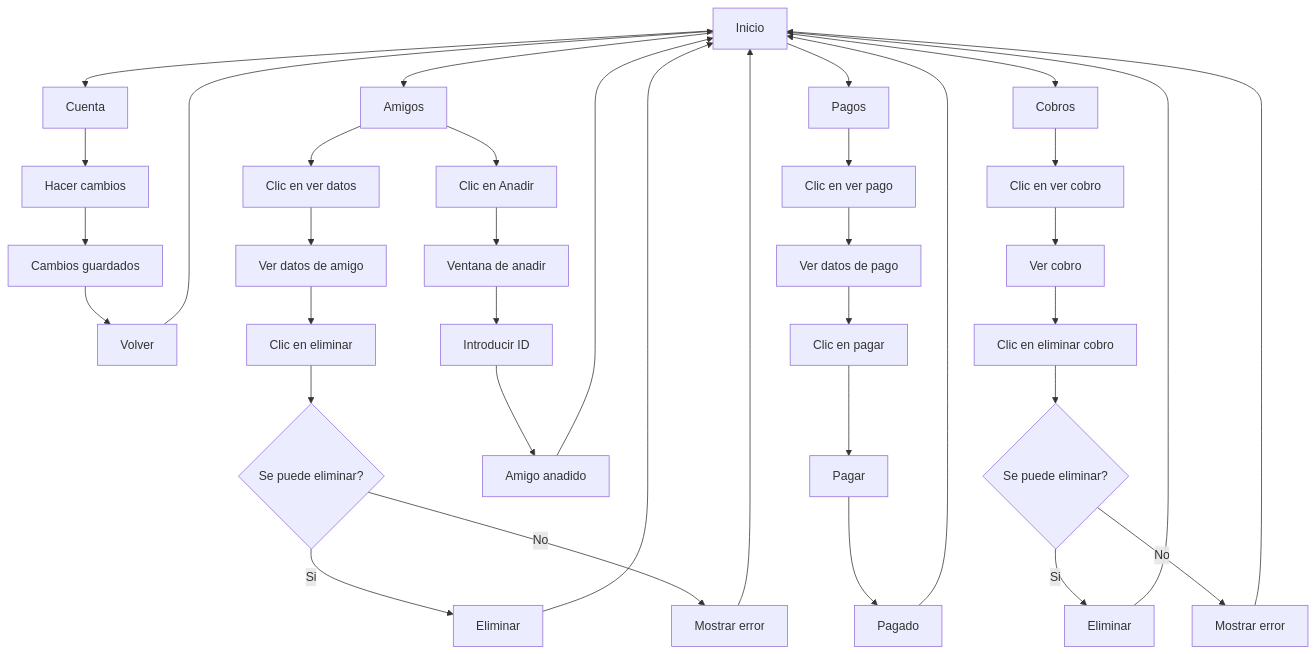
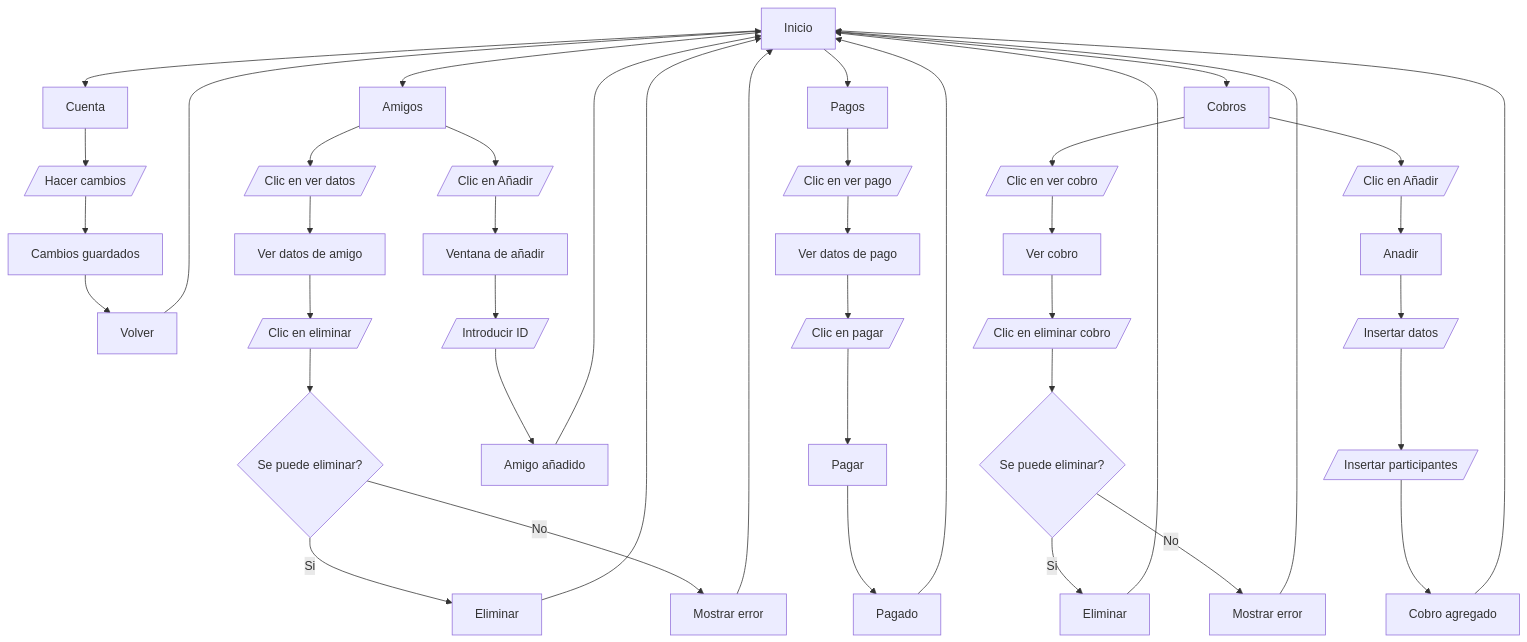
One commit to cvazquezv/p1 changed the diagram in README.md. Above: the diagram before and after it, drawn with Mermaid.

````diff
--- a/README.md
+++ b/README.md
@@ -1,48 +1,56 @@
 ```mermaid
 flowchart TD
   Inicio[Inicio]
 
   %% Cuenta
   Inicio --> Cuenta[Cuenta]
-  Cuenta --> HacerCambios[Hacer cambios]
-  HacerCambios --> CambiosGuardados[Cambios guardados]
+  Cuenta --> HC[/"Hacer cambios"/]
+  HC --> CambiosGuardados[Cambios guardados]
   CambiosGuardados --> Volver[Volver]
   Volver --> Inicio
 
   %% Amigos
   Inicio --> Amigos[Amigos]
-  Amigos --> VerDatosClick[Clic en ver datos]
+
+  Amigos --> VerDatosClick[/"Clic en ver datos"/]
   VerDatosClick --> VerDatos[Ver datos de amigo]
-  VerDatos --> ClicEliminar[Clic en eliminar]
+  VerDatos --> ClicEliminar[/"Clic en eliminar"/]
   ClicEliminar --> PuedeEliminar{Se puede eliminar?}
   PuedeEliminar -->|Si| Eliminar[Eliminar]
   PuedeEliminar -->|No| MostrarErrorEliminar[Mostrar error]
   Eliminar --> Inicio
   MostrarErrorEliminar --> Inicio
 
-  Amigos --> ClicAnadir[Clic en Anadir]
-  ClicAnadir --> VentanaAnadir[Ventana de anadir]
-  VentanaAnadir --> IntroducirID[Introducir ID]
-  IntroducirID --> AmigoAnadido[Amigo anadido]
+  Amigos --> ClicAnadir[/"Clic en Añadir"/]
+  ClicAnadir --> VentanaAnadir[Ventana de añadir]
+  VentanaAnadir --> IntroducirID[/"Introducir ID"/]
+  IntroducirID --> AmigoAnadido[Amigo añadido]
   AmigoAnadido --> Inicio
 
   %% Pagos
   Inicio --> Pagos[Pagos]
-  Pagos --> ClicVerPago[Clic en ver pago]
+  Pagos --> ClicVerPago[/"Clic en ver pago"/]
   ClicVerPago --> VerPago[Ver datos de pago]
-  VerPago --> ClicPagar[Clic en pagar]
+  VerPago --> ClicPagar[/"Clic en pagar"/]
   ClicPagar --> Pagar[Pagar]
   Pagar --> Pagado[Pagado]
   Pagado --> Inicio
 
   %% Cobros
   Inicio --> Cobros[Cobros]
-  Cobros --> ClicVerCobro[Clic en ver cobro]
+  Cobros --> ClicVerCobro[/"Clic en ver cobro"/]
   ClicVerCobro --> VerCobro[Ver cobro]
-  VerCobro --> ClicEliminarCobro[Clic en eliminar cobro]
+  VerCobro --> ClicEliminarCobro[/"Clic en eliminar cobro"/]
   ClicEliminarCobro --> PuedeEliminarCobro{Se puede eliminar?}
   PuedeEliminarCobro -->|Si| EliminarCobro[Eliminar]
   PuedeEliminarCobro -->|No| MostrarErrorCobro[Mostrar error]
   EliminarCobro --> Inicio
   MostrarErrorCobro --> Inicio
+
+  Cobros --> ClicAnadirCobro[/"Clic en Añadir"/]
+  ClicAnadirCobro --> AnadirCobro[Anadir]
+  AnadirCobro --> InsertarDatos[/"Insertar datos"/]
+  InsertarDatos --> InsertarParticipantes[/"Insertar participantes"/]
+  InsertarParticipantes --> CobroAgregado[Cobro agregado]
+  CobroAgregado --> Inicio
 ```
````
